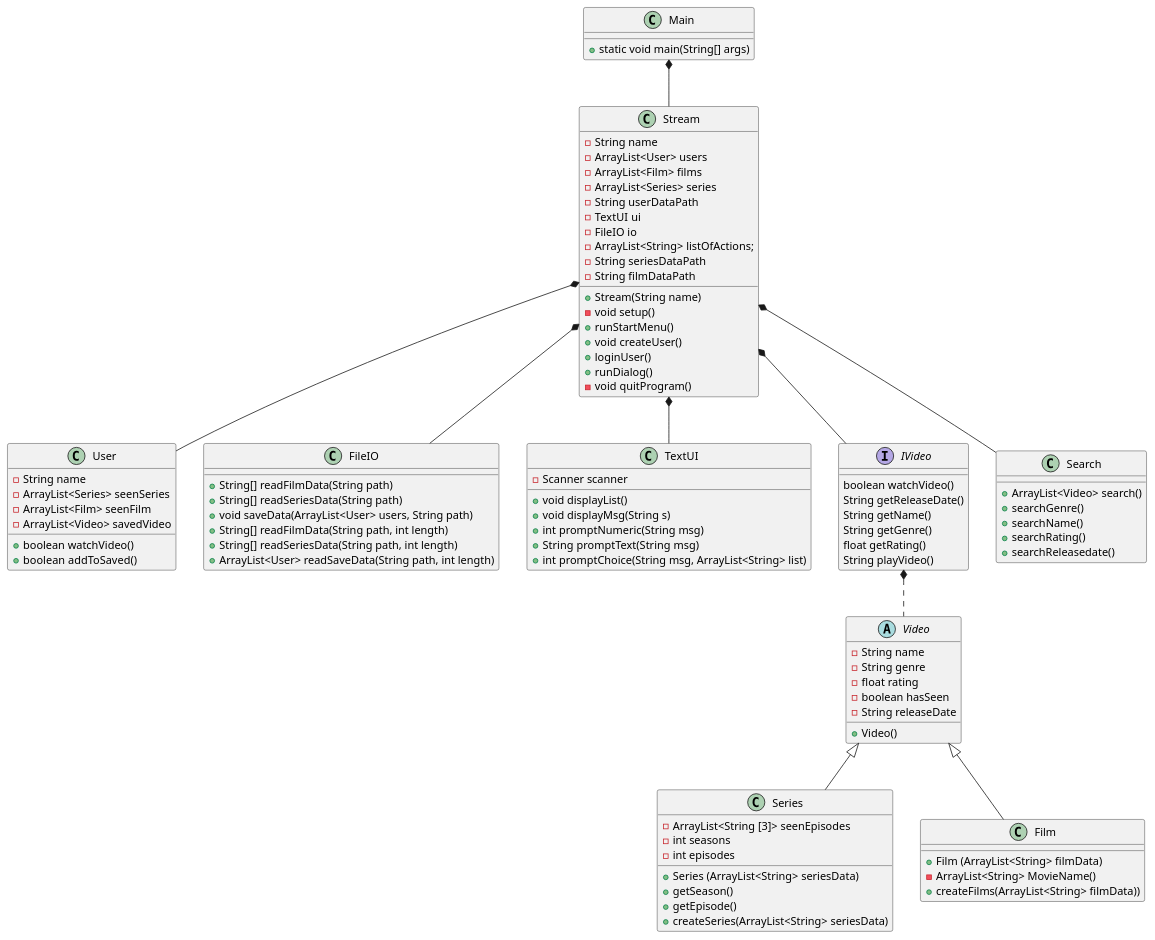
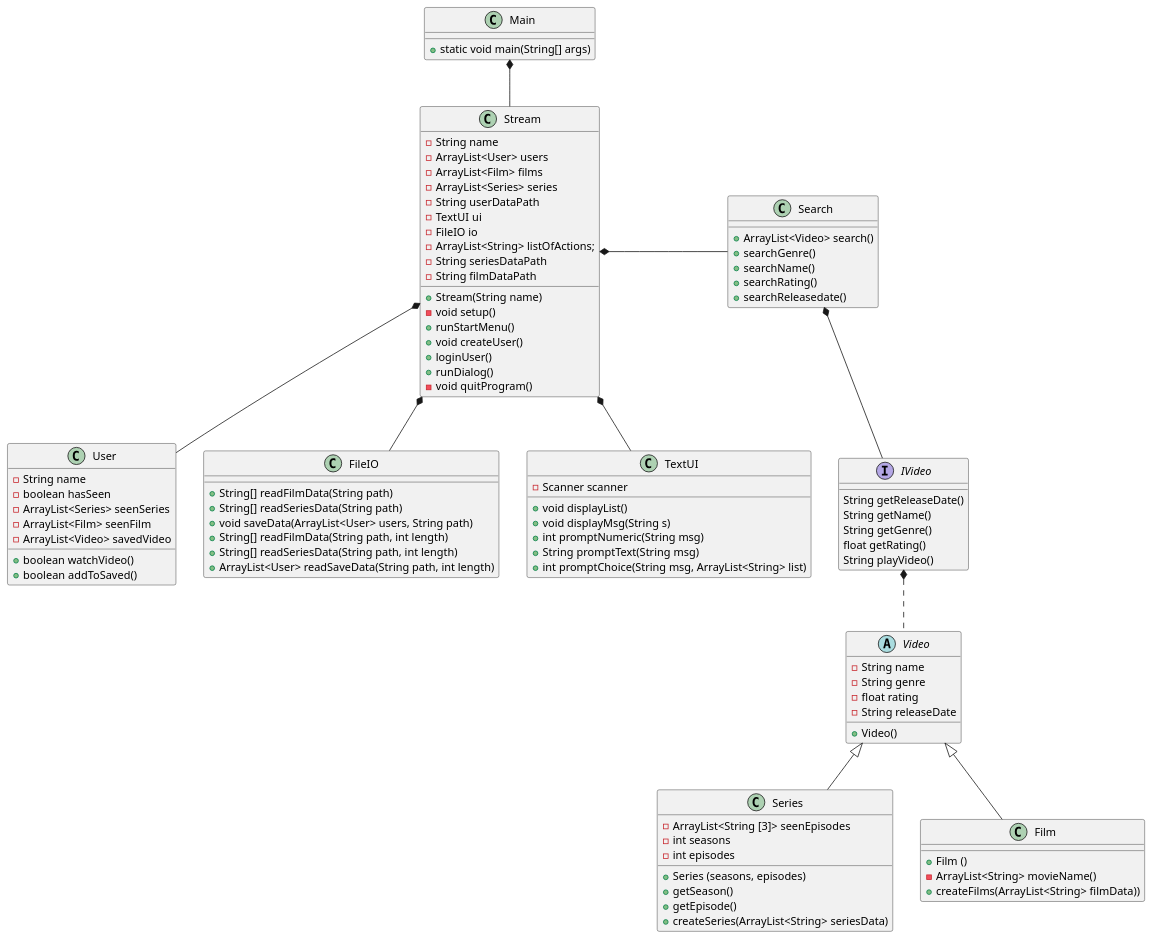
The diagram in doc/Plan/static/classdiagram.puml (Gervig/SP3-Gruppe-C), drawn with PlantUML before and after one commit. The commit also changed 1 other file, not shown here.

```diff
--- a/doc/Plan/static/classdiagram.puml
+++ b/doc/Plan/static/classdiagram.puml
@@ -1,126 +1,126 @@
 @startuml
 'https://plantuml.com/class-diagram
 
 class Main{
 + static void main(String[] args)
 }
 
 class Stream{
 - String name
 'utilities
 - ArrayList<User> users
 - ArrayList<Film> films
 - ArrayList<Series> series
 - String userDataPath
 - TextUI ui
 - FileIO io
 - ArrayList<String> listOfActions;
 - String seriesDataPath
 - String filmDataPath
 'constructor
 + Stream(String name)
 'methods
 - void setup()
 ' setup er til er at læse data
 + runStartMenu()
 + void createUser()
 ' skal createUser være void? Det er den i matador
 ' createUser skal vel checke om der er andre med det brugernavn
 + loginUser()
 ' skal loginUser være void?
 ' den skal vel checke om der er en user med det username og tjekke om loginnet er korrekt
 + runDialog()
 ' i runDialog kan man vælge at søge
 - void quitProgram()
 }
 
 
 class User{
 - String name
+- boolean hasSeen
 - ArrayList<Series> seenSeries
 - ArrayList<Film> seenFilm
 - ArrayList<Video> savedVideo
 + boolean watchVideo()
 + boolean addToSaved()
 }
 
 class FileIO{
 + String[] readFilmData(String path)
 + String[] readSeriesData(String path)
 + void saveData(ArrayList<User> users, String path)
 + String[] readFilmData(String path, int length)
 + String[] readSeriesData(String path, int length)
 + ArrayList<User> readSaveData(String path, int length)
 }
 
 class TextUI{
 - Scanner scanner
 + void displayList()
 + void displayMsg(String s)
 + int promptNumeric(String msg)
 + String promptText(String msg)
 + int promptChoice(String msg, ArrayList<String> list)
 }
 
 interface IVideo {
-boolean watchVideo()
 String getReleaseDate()
 String getName()
 String getGenre()
 float getRating()
 String playVideo()
 }
 
 abstract Class Video{
 - String name
 - String genre
 - float rating
-- boolean hasSeen
 - String releaseDate
 'constructor
 + Video()
 }
 
 class Series{
+'brug evt. et map
 - ArrayList<String [3]> seenEpisodes
 - int seasons
 - int episodes
-+ Series (ArrayList<String> seriesData)
++ Series (seasons, episodes)
 + getSeason()
 + getEpisode()
 + createSeries(ArrayList<String> seriesData)
 }
 
 class Film {
 'constructor
-+ Film (ArrayList<String> filmData)
-- ArrayList<String> MovieName()
++ Film ()
+- ArrayList<String> movieName()
 + createFilms(ArrayList<String> filmData))
 }
 
 
 class Search{
 + ArrayList<Video> search()
 'methods til de forskellige søgemuligheder
 ' Skal disse returnere objekterne fra video?
 + searchGenre()
 + searchName()
 + searchRating()
 + searchReleasedate()
 'skal vi have funktioner der kun søger blandt serier og film adskilt?
 }
 
 IVideo *.. Video
 
 Video <|-- Series
 Video <|-- Film
 
 Main *-- Stream
 
 Stream *-- User
 Stream *-- FileIO
 Stream *-- TextUI
-Stream *-- IVideo
-Stream *-- Search
+Search *-- IVideo
+Stream *- Search
 
 @enduml
```
